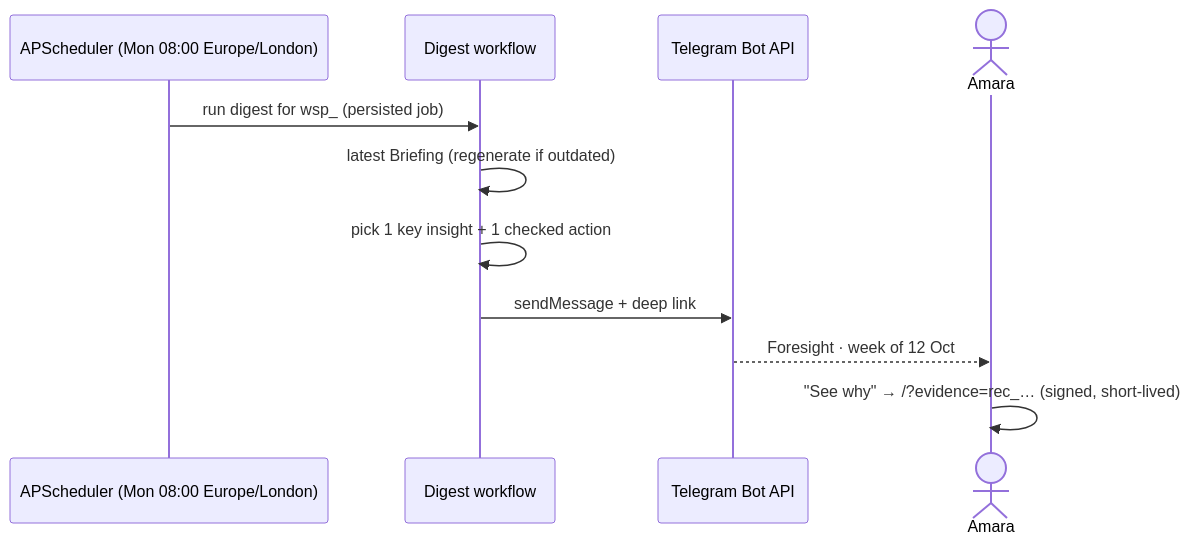
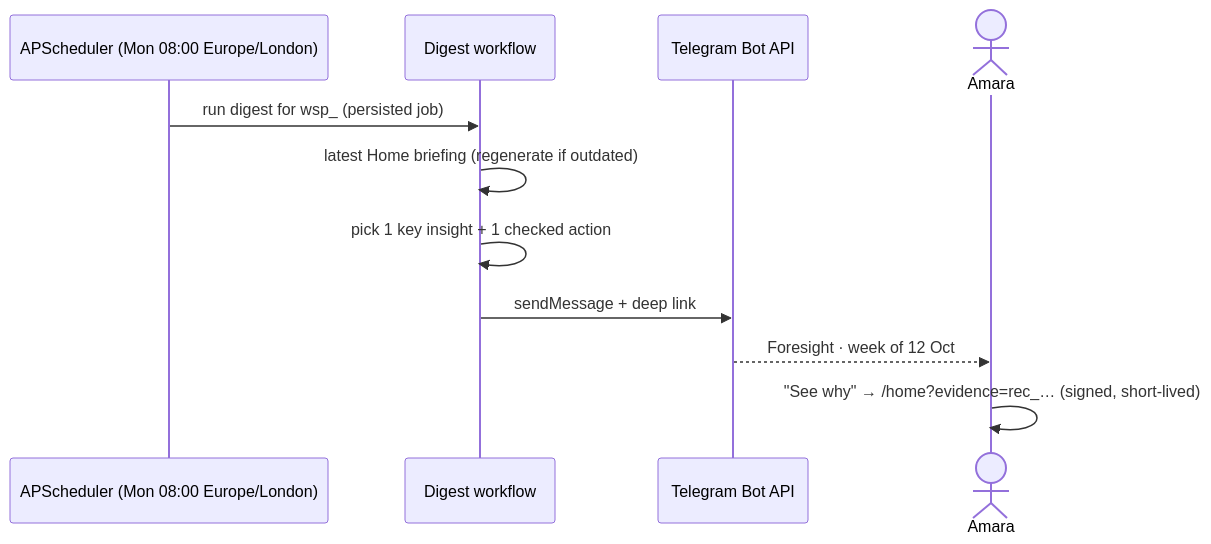
Before and after one commit to olaheavy-dev/Foresight: the tenth of 13 diagrams in docs/03-USER-JOURNEYS.md, drawn with Mermaid. The commit also changed other lines of this file and 122 other files, not shown here.

````diff
--- a/docs/03-USER-JOURNEYS.md
+++ b/docs/03-USER-JOURNEYS.md
@@ -338,13 +340,13 @@
 ```mermaid
 sequenceDiagram
   participant AP as APScheduler (Mon 08:00 Europe/London)
   participant G as Digest workflow
   participant T as Telegram Bot API
   actor U as Amara
   AP->>G: run digest for wsp_ (persisted job)
-  G->>G: latest Briefing (regenerate if outdated)
+  G->>G: latest Home briefing (regenerate if outdated)
   G->>G: pick 1 key insight + 1 checked action
   G->>T: sendMessage + deep link
   T-->>U: Foresight · week of 12 Oct
-  U->>U: "See why" → /?evidence=rec_… (signed, short-lived)
+  U->>U: "See why" → /home?evidence=rec_… (signed, short-lived)
 ```
````
